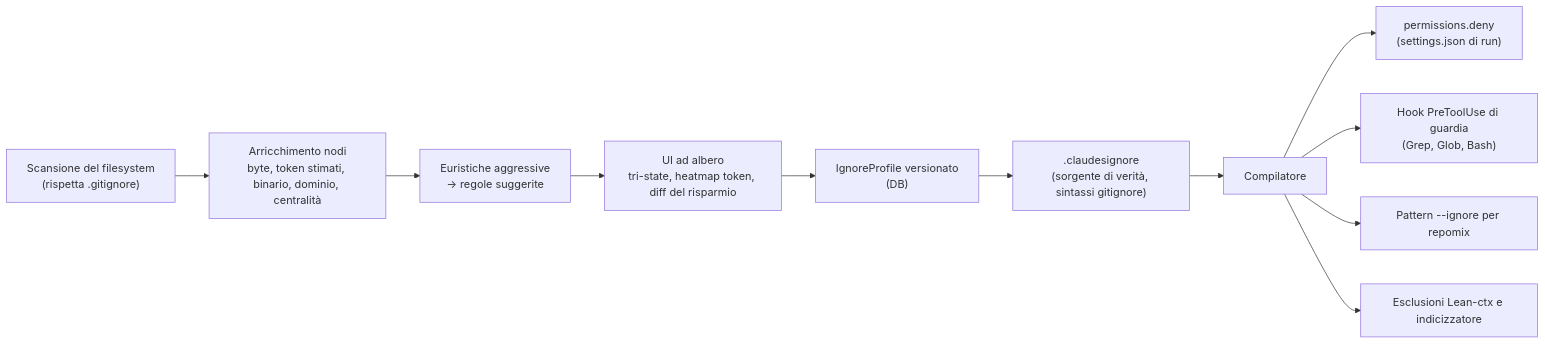
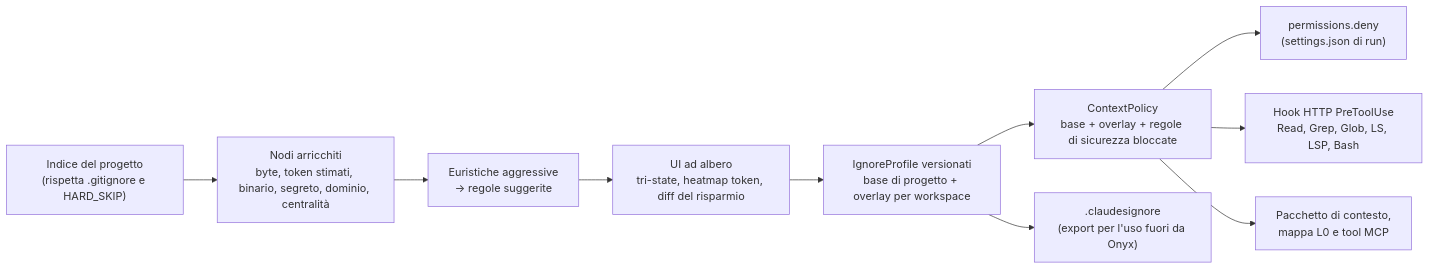
The sixth of 9 diagrams in architecture.md (Angrido/Onyx), drawn with Mermaid before and after one commit. The commit also changed other lines of this file and 1 other file, not shown here.

````diff
--- a/architecture.md
+++ b/architecture.md
@@ -569,13 +563,12 @@
 ```mermaid
 flowchart LR
-  S["Scansione del filesystem<br/>(rispetta .gitignore)"] --> E["Arricchimento nodi<br/>byte, token stimati, binario, dominio, centralità"]
+  S["Indice del progetto<br/>(rispetta .gitignore e HARD_SKIP)"] --> E["Nodi arricchiti<br/>byte, token stimati, binario, segreto, dominio, centralità"]
   E --> H["Euristiche aggressive<br/>→ regole suggerite"]
   H --> UI["UI ad albero<br/>tri-state, heatmap token, diff del risparmio"]
-  UI --> P["IgnoreProfile versionato<br/>(DB)"]
-  P --> F[".claudesignore<br/>(sorgente di verità, sintassi gitignore)"]
-  F --> K["Compilatore"]
-  K --> R1["permissions.deny<br/>(settings.json di run)"]
-  K --> R2["Hook PreToolUse di guardia<br/>(Grep, Glob, Bash)"]
-  K --> R3["Pattern --ignore per repomix"]
-  K --> R4["Esclusioni Lean-ctx e indicizzatore"]
+  UI --> P["IgnoreProfile versionati<br/>base di progetto + overlay per workspace"]
+  P --> C["ContextPolicy<br/>base + overlay + regole di sicurezza bloccate"]
+  C --> R1["permissions.deny<br/>(settings.json di run)"]
+  C --> R2["Hook HTTP PreToolUse<br/>Read, Grep, Glob, LS, LSP, Bash"]
+  C --> R3["Pacchetto di contesto,<br/>mappa L0 e tool MCP"]
+  P --> F[".claudesignore<br/>(export per l'uso fuori da Onyx)"]
 ```
````
